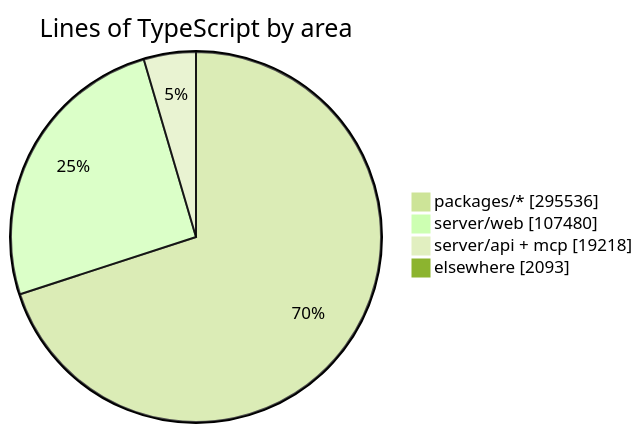
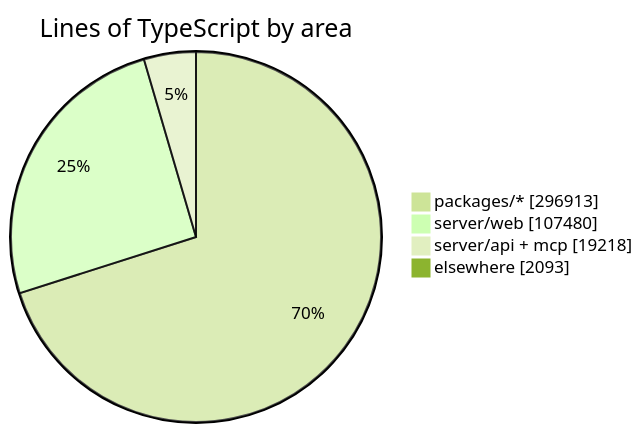
Before and after one commit to crossworks-engineering/mantle: the diagram in README.md, drawn with Mermaid (forest theme). The commit also changed other lines of this file and 2 other files, not shown here.

````diff
--- a/README.md
+++ b/README.md
@@ -294,7 +294,7 @@
 ```mermaid
 pie showData title Lines of TypeScript by area
-    "packages/*" : 295536
+    "packages/*" : 296913
     "server/web" : 107480
     "server/api + mcp" : 19218
     "elsewhere" : 2093
 ```
````
